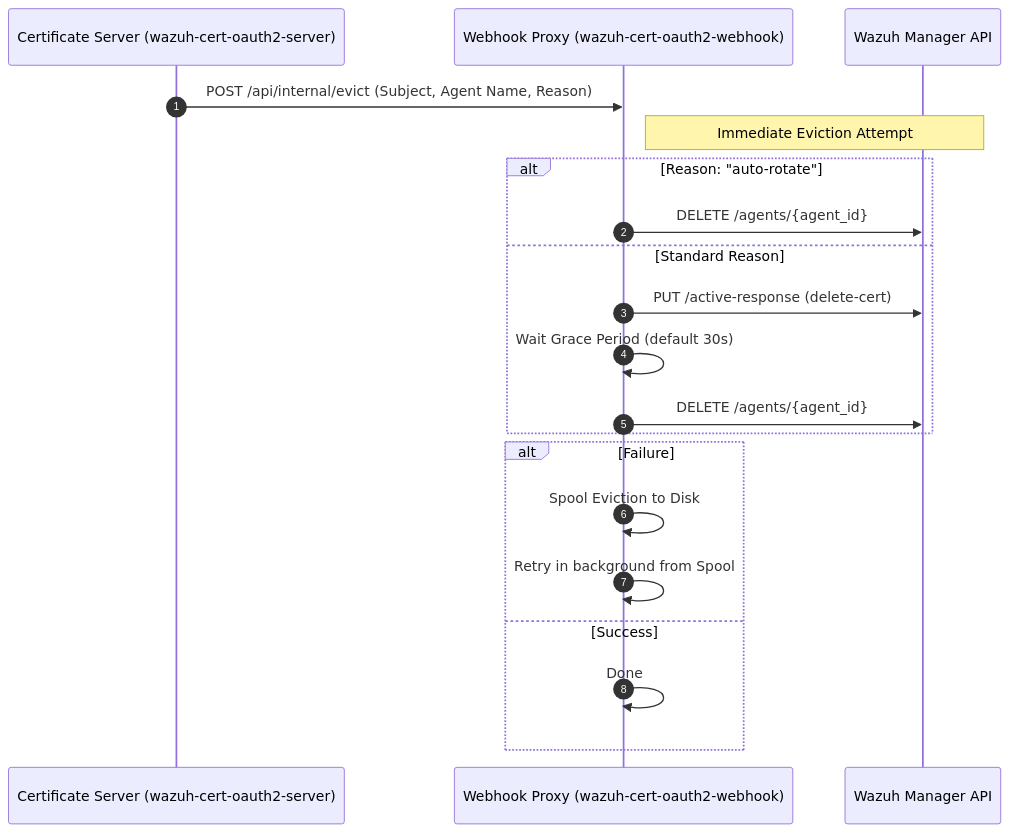
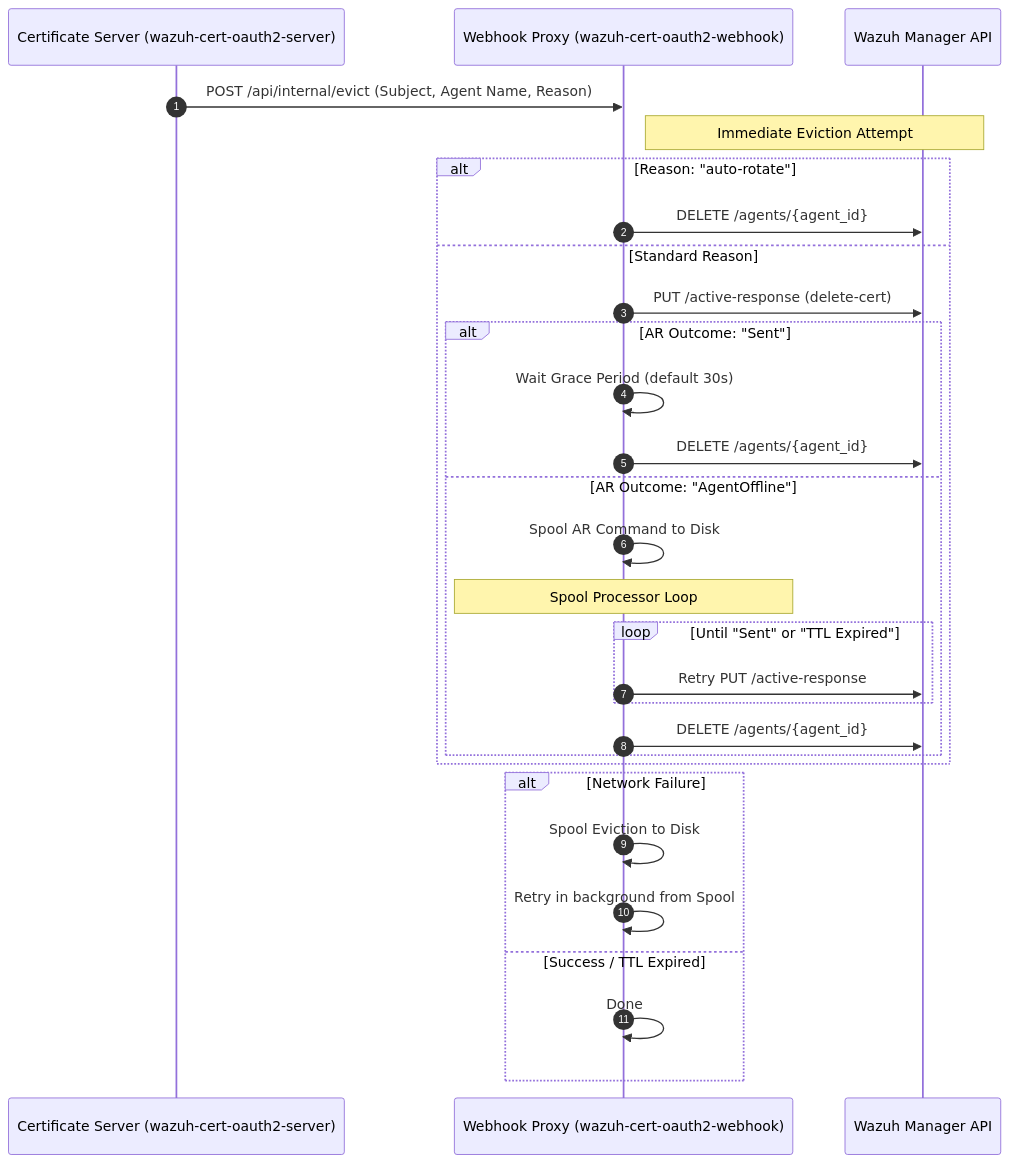
The fourth of 4 diagrams in docs/architecture.md (ADORSYS-GIS/wazuh-cert-oauth2), drawn with Mermaid before and after one commit. The commit also changed other lines of this file and 20 other files, not shown here.

Commit message:
feat: implement persistent spooling and retry logic for Wazuh active-response commands to handle offline agents during eviction

````diff
--- a/docs/architecture.md
+++ b/docs/architecture.md
@@ -123,27 +123,36 @@
 ```mermaid
 sequenceDiagram
     autonumber
 
     participant Server as Certificate Server (wazuh-cert-oauth2-server)
     participant Webhook as Webhook Proxy (wazuh-cert-oauth2-webhook)
     participant Wazuh as Wazuh Manager API
 
     Server->>Webhook: POST /api/internal/evict (Subject, Agent Name, Reason)
     
     Note right of Webhook: Immediate Eviction Attempt
     
     alt Reason: "auto-rotate"
         Webhook->>Wazuh: DELETE /agents/{agent_id}
     else Standard Reason
         Webhook->>Wazuh: PUT /active-response (delete-cert)
-        Webhook->>Webhook: Wait Grace Period (default 30s)
-        Webhook->>Wazuh: DELETE /agents/{agent_id}
+        alt AR Outcome: "Sent"
+            Webhook->>Webhook: Wait Grace Period (default 30s)
+            Webhook->>Wazuh: DELETE /agents/{agent_id}
+        else AR Outcome: "AgentOffline"
+            Webhook->>Webhook: Spool AR Command to Disk
+            Note over Webhook: Spool Processor Loop
+            loop Until "Sent" or "TTL Expired"
+                Webhook->>Wazuh: Retry PUT /active-response
+            end
+            Webhook->>Wazuh: DELETE /agents/{agent_id}
+        end
     end
 
-    alt Failure
+    alt Network Failure
         Webhook->>Webhook: Spool Eviction to Disk
         Webhook->>Webhook: Retry in background from Spool
-    else Success
+    else Success / TTL Expired
         Webhook->>Webhook: Done
     end
 ```
````
